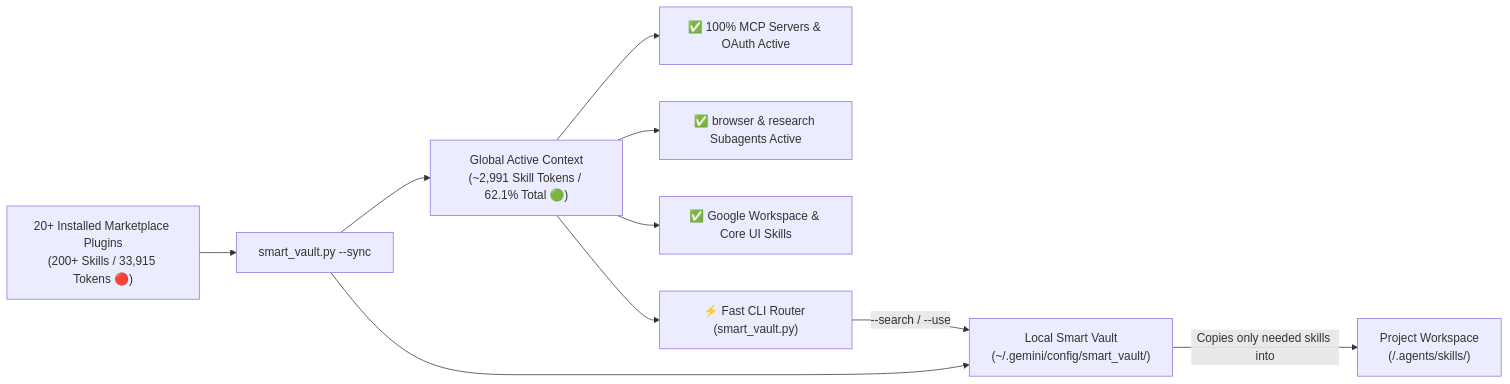
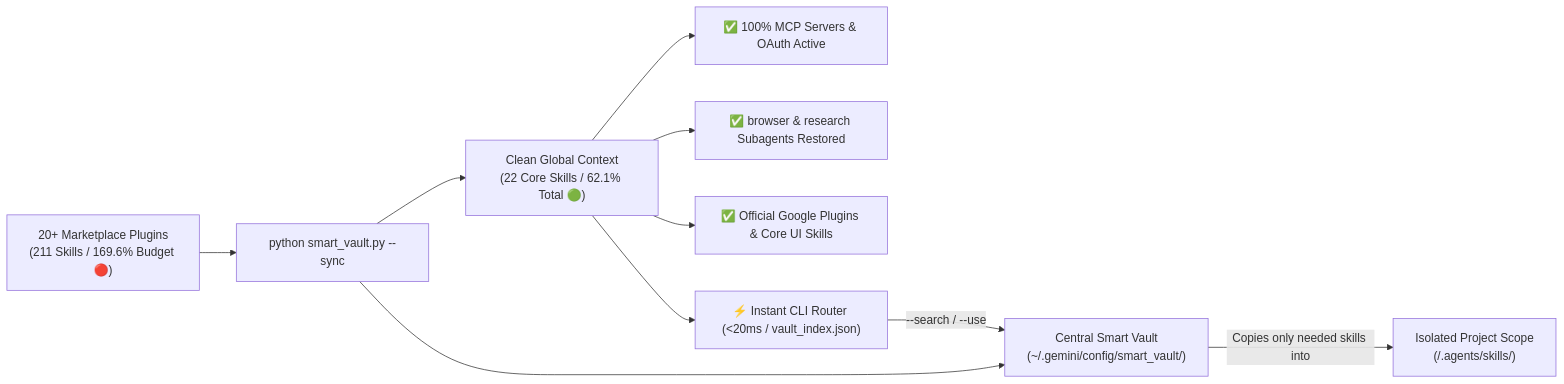
The diagram in README.md (aljasm-oss/antigravity-smart-vault), drawn with Mermaid before and after one commit. The commit also changed other lines of this file and 2 other files, not shown here.

Commit message:
docs: add beginner & expert guide, credit Google Antigravity as co-author, and simplify contributing

````diff
--- a/README.md
+++ b/README.md
@@ -26,12 +34,12 @@
 ```mermaid
 flowchart LR
-    A["20+ Installed Marketplace Plugins<br/>(200+ Skills / 33,915 Tokens 🔴)"] --> B["smart_vault.py --sync"]
-    B --> C["Global Active Context<br/>(~2,991 Skill Tokens / 62.1% Total 🟢)"]
-    B --> D["Local Smart Vault<br/>(~/.gemini/config/smart_vault/)"]
+    A["20+ Marketplace Plugins<br/>(211 Skills / 169.6% Budget 🔴)"] --> B["python smart_vault.py --sync"]
+    B --> C["Clean Global Context<br/>(22 Core Skills / 62.1% Total 🟢)"]
+    B --> D["Central Smart Vault<br/>(~/.gemini/config/smart_vault/)"]
     C --> C1["✅ 100% MCP Servers & OAuth Active"]
-    C --> C2["✅ browser & research Subagents Active"]
-    C --> C3["✅ Google Workspace & Core UI Skills"]
-    C --> C4["⚡ Fast CLI Router (smart_vault.py)"]
+    C --> C2["✅ browser & research Subagents Restored"]
+    C --> C3["✅ Official Google Plugins & Core UI Skills"]
+    C --> C4["⚡ Instant CLI Router (<20ms / vault_index.json)"]
     C4 -- "--search / --use" --> D
-    D -- "Copies only needed skills into" --> E["Project Workspace<br/>(<Project>/.agents/skills/)"]
+    D -- "Copies only needed skills into" --> E["Isolated Project Scope<br/>(<ProjectRoot>/.agents/skills/)"]
 ```
````
